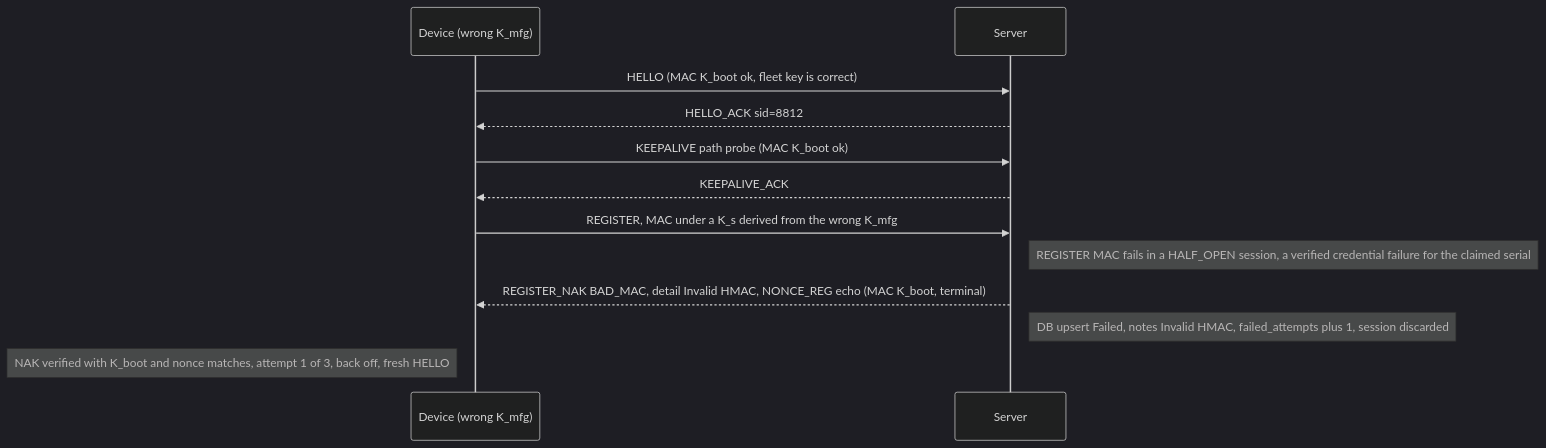
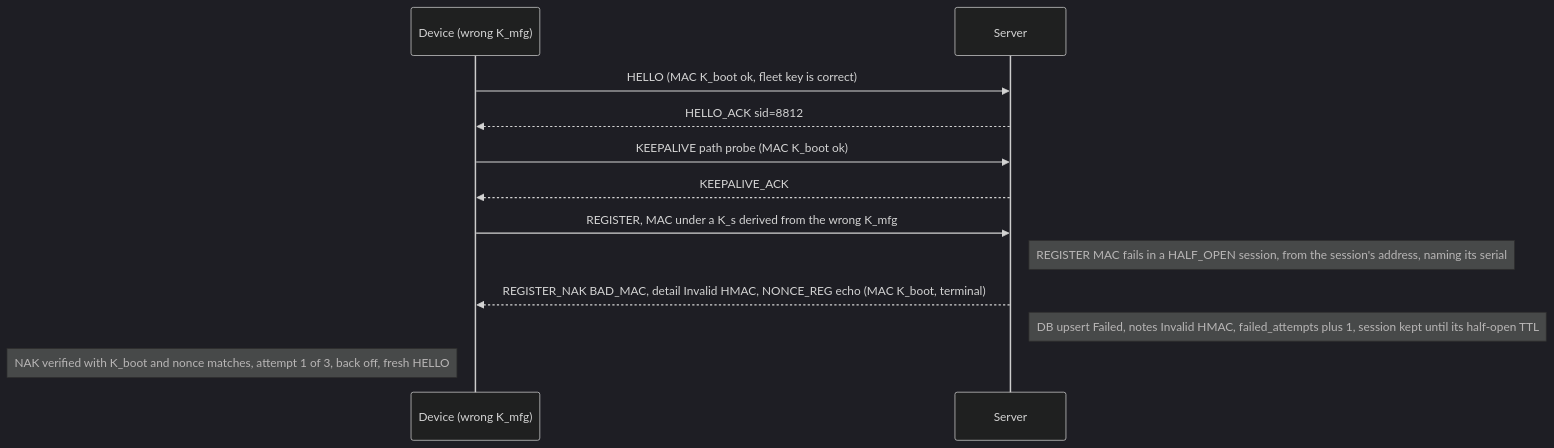
Diagram 13 of 23 in DESIGN.md (heysunilvk/ztp-project), drawn with Mermaid (dark theme) before and after one commit. The commit also changed other lines of this file and 40 other files, not shown here.

````diff
--- a/DESIGN.md
+++ b/DESIGN.md
@@ -1197,14 +1201,14 @@
 ```mermaid
 sequenceDiagram
     participant D as Device (wrong K_mfg)
     participant S as Server
     D->>S: HELLO (MAC K_boot ok, fleet key is correct)
     S-->>D: HELLO_ACK sid=8812
     D->>S: KEEPALIVE path probe (MAC K_boot ok)
     S-->>D: KEEPALIVE_ACK
     D->>S: REGISTER, MAC under a K_s derived from the wrong K_mfg
-    Note right of S: REGISTER MAC fails in a HALF_OPEN session, a verified credential failure for the claimed serial
+    Note right of S: REGISTER MAC fails in a HALF_OPEN session, from the session's address, naming its serial
     S-->>D: REGISTER_NAK BAD_MAC, detail Invalid HMAC, NONCE_REG echo (MAC K_boot, terminal)
-    Note right of S: DB upsert Failed, notes Invalid HMAC, failed_attempts plus 1, session discarded
+    Note right of S: DB upsert Failed, notes Invalid HMAC, failed_attempts plus 1, session kept until its half-open TTL
     Note left of D: NAK verified with K_boot and nonce matches, attempt 1 of 3, back off, fresh HELLO
 ```
````
